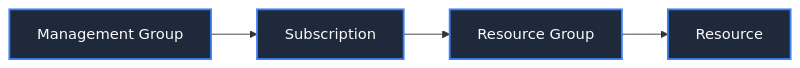
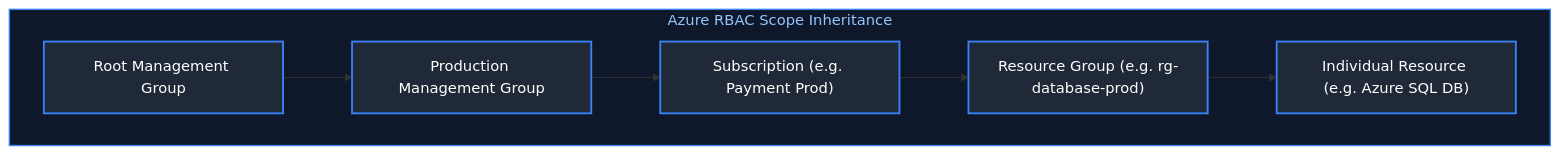
Before and after one commit to joydeep-biswas/Interview-Preparation: the fourth of 8 diagrams in Cloud Engineering/09_cloud_security_iam_and_devsecops.md, drawn with Mermaid. The commit also changed other lines of this file and 143 other files, not shown here.

````diff
--- a/Cloud Engineering/09_cloud_security_iam_and_devsecops.md
+++ b/Cloud Engineering/09_cloud_security_iam_and_devsecops.md
@@ -102,9 +220,17 @@
 ```mermaid
-flowchart LR
-    MG["Management Group"] --> Sub["Subscription"]
-    Sub --> RG["Resource Group"]
-    RG --> Res["Resource"]
+flowchart TD
+    subgraph AzureHierarchy ["Azure RBAC Scope Inheritance"]
+        RootMG["Root Management Group"]
+        --> ProdMG["Production Management Group"]
+        --> Sub["Subscription (e.g. Payment Prod)"]
+        --> RG["Resource Group (e.g. rg-database-prod)"]
+        --> Res["Individual Resource (e.g. Azure SQL DB)"]
+    end
 
-    classDef scope fill:#1e293b,stroke:#3b82f6,stroke-width:2px,color:#f8fafc;
-    class MG,Sub,RG,Res scope;
+    style AzureHierarchy fill:#0f172a,stroke:#3b82f6,stroke-width:1.5px,color:#93c5fd
+    style RootMG fill:#1f2937,stroke:#3b82f6,stroke-width:2px,color:#fff
+    style ProdMG fill:#1f2937,stroke:#3b82f6,stroke-width:2px,color:#fff
+    style Sub fill:#1f2937,stroke:#3b82f6,stroke-width:2px,color:#fff
+    style RG fill:#1f2937,stroke:#3b82f6,stroke-width:2px,color:#fff
+    style Res fill:#1f2937,stroke:#3b82f6,stroke-width:2px,color:#fff
 ```
````
